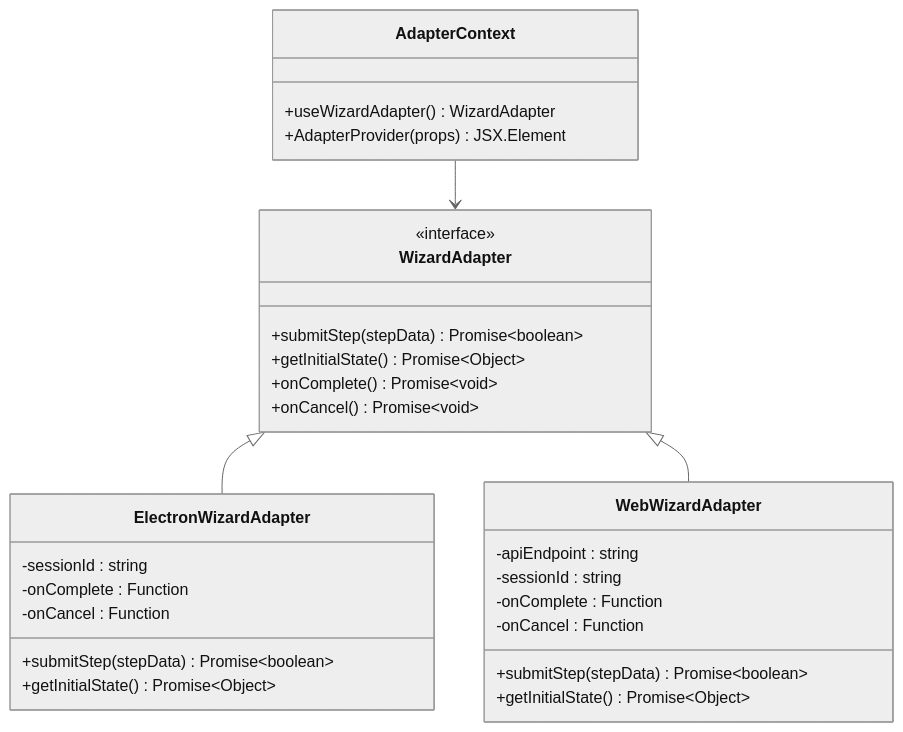
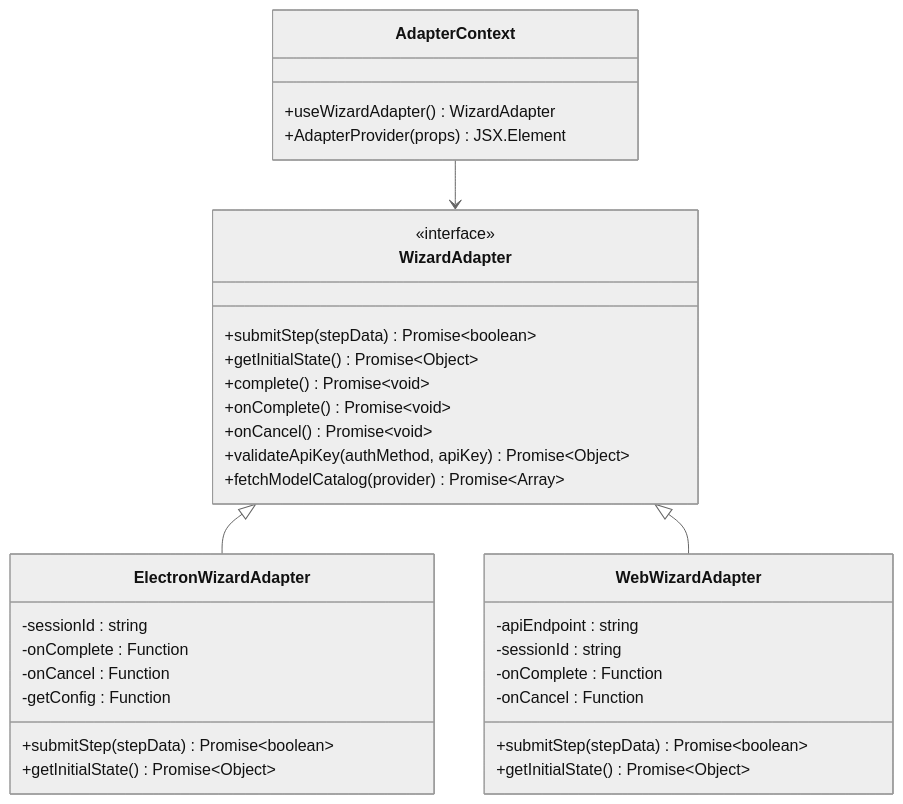
The fifth of 7 diagrams in .qoder/repowiki/zh/content/开发者指南/设置向导系统.md (verse-ai-org/openclaw), drawn with Mermaid (neutral theme) before and after one commit. The commit also changed other lines of this file and 78 other files, not shown here.

````diff
--- a/.qoder/repowiki/zh/content/开发者指南/设置向导系统.md
+++ b/.qoder/repowiki/zh/content/开发者指南/设置向导系统.md
@@ -232,32 +267,36 @@
 ```mermaid
 classDiagram
 class WizardAdapter {
 <<interface>>
 +submitStep(stepData) Promise~boolean~
 +getInitialState() Promise~Object~
++complete() Promise~void~
 +onComplete() Promise~void~
 +onCancel() Promise~void~
++validateApiKey(authMethod, apiKey) Promise~Object~
++fetchModelCatalog(provider) Promise~Array~
 }
 class ElectronWizardAdapter {
 -sessionId : string
 -onComplete : Function
 -onCancel : Function
+-getConfig : Function
 +submitStep(stepData) Promise~boolean~
 +getInitialState() Promise~Object~
 }
 class WebWizardAdapter {
 -apiEndpoint : string
 -sessionId : string
 -onComplete : Function
 -onCancel : Function
 +submitStep(stepData) Promise~boolean~
 +getInitialState() Promise~Object~
 }
 class AdapterContext {
 +useWizardAdapter() WizardAdapter
 +AdapterProvider(props) JSX.Element
 }
 WizardAdapter <|-- ElectronWizardAdapter
 WizardAdapter <|-- WebWizardAdapter
 AdapterContext --> WizardAdapter
 ```
````
